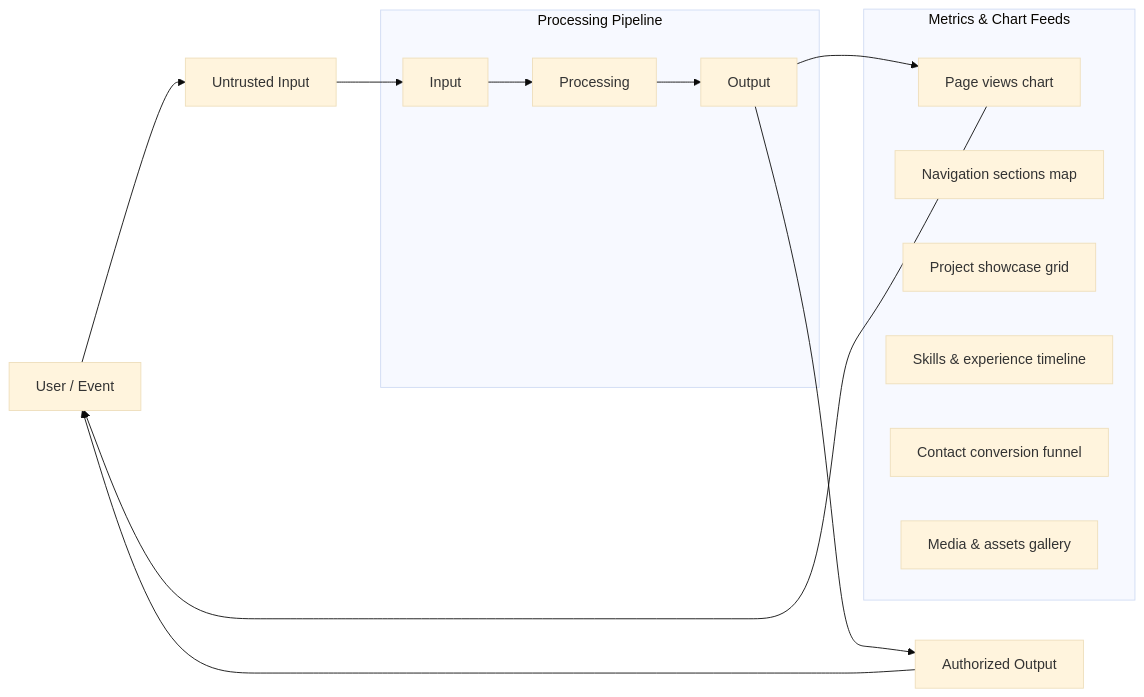
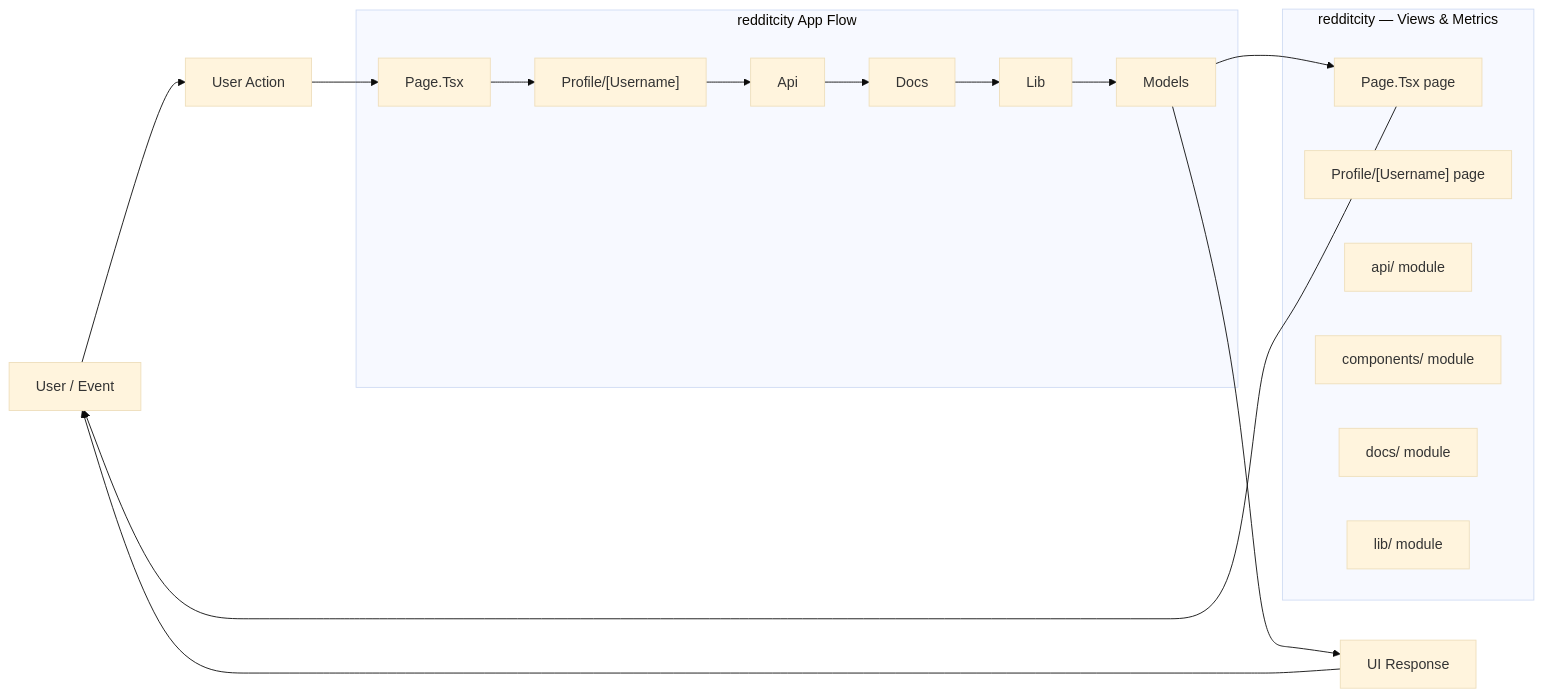
The second of 4 diagrams in README.md (Punyamittal/redditcity), drawn with Mermaid (base theme) before and after one commit. The commit also changed other lines of this file, not shown here.

````diff
--- a/README.md
+++ b/README.md
@@ -158,27 +159,33 @@
 ```mermaid
 flowchart LR
-    U["User / Event"] --> IN["Untrusted Input"]
+    U["User / Event"] --> IN["User Action"]
 
-    subgraph Pipeline["Processing Pipeline"]
-        p0["Input"]
-        p1["Processing"]
-        p2["Output"]
+    subgraph Pipeline["redditcity App Flow"]
+        p0["Page.Tsx"]
+        p1["Profile/[Username]"]
+        p2["Api"]
+        p3["Docs"]
+        p4["Lib"]
+        p5["Models"]
         p0 --> p1
         p1 --> p2
+        p2 --> p3
+        p3 --> p4
+        p4 --> p5
     end
 
-    subgraph Metrics["Metrics & Chart Feeds"]
-        page_views["Page views chart"]
-        nav_sections["Navigation sections map"]
-        project_showcase["Project showcase grid"]
-        skills_timeline["Skills & experience timeline"]
-        contact_funnel["Contact conversion funnel"]
-        media_gallery["Media & assets gallery"]
+    subgraph Metrics["redditcity — Views & Metrics"]
+        page_tsx["Page.Tsx page"]
+        profile__username_["Profile/[Username] page"]
+        api["api/ module"]
+        components["components/ module"]
+        docs["docs/ module"]
+        lib["lib/ module"]
     end
 
     IN --> p0
-    p2 --> OUT["Authorized Output"]
+    p5 --> OUT["UI Response"]
     OUT --> U
-    p2 --> page_views
-    page_views --> U
+    p5 --> page_tsx
+    page_tsx --> U
 ```
````
